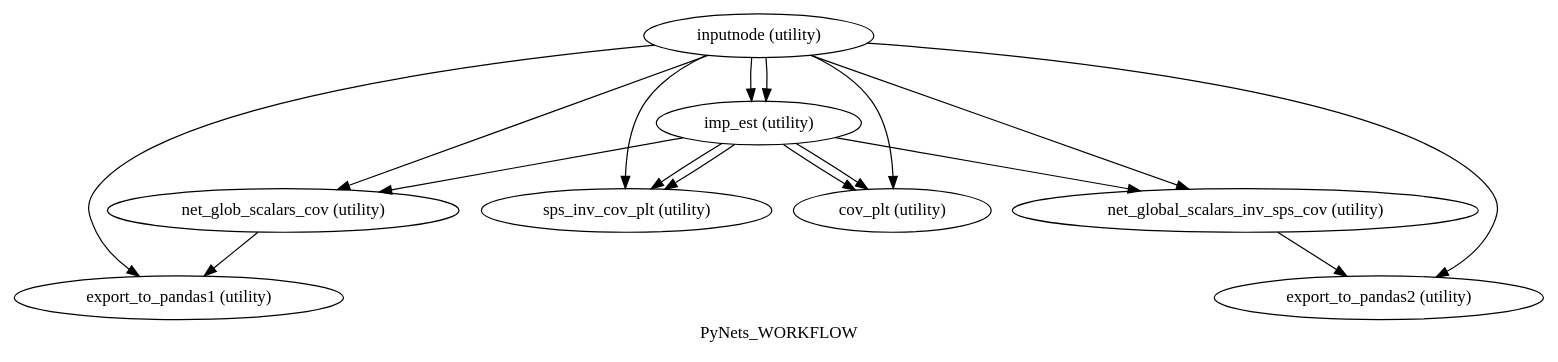
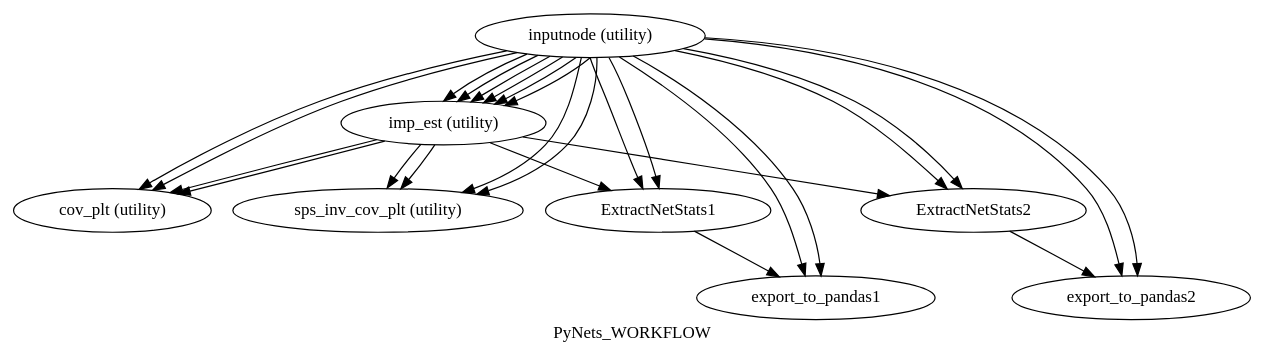
One commit to dPys/PyNets changed the diagram in graph.dot. Above: the diagram before and after it, drawn with Graphviz. The commit also changed 6 other files, not shown here.

```diff
--- a/graph.dot
+++ b/graph.dot
@@ -1,27 +1,37 @@
 digraph PyNets_WORKFLOW{
   label="PyNets_WORKFLOW";
   PyNets_WORKFLOW_inputnode[label="inputnode (utility)"];
   PyNets_WORKFLOW_imp_est[label="imp_est (utility)"];
+  PyNets_WORKFLOW_cov_plt[label="cov_plt (utility)"];
   PyNets_WORKFLOW_sps_inv_cov_plt[label="sps_inv_cov_plt (utility)"];
-  PyNets_WORKFLOW_net_glob_scalars_cov[label="net_glob_scalars_cov (utility)"];
-  PyNets_WORKFLOW_export_to_pandas1[label="export_to_pandas1 (utility)"];
-  PyNets_WORKFLOW_net_global_scalars_inv_sps_cov[label="net_global_scalars_inv_sps_cov (utility)"];
-  PyNets_WORKFLOW_export_to_pandas2[label="export_to_pandas2 (utility)"];
-  PyNets_WORKFLOW_cov_plt[label="cov_plt (utility)"];
+  PyNets_WORKFLOW_ExtractNetStats1[label="ExtractNetStats1"];
+  PyNets_WORKFLOW_export_to_pandas1[label="export_to_pandas1"];
+  PyNets_WORKFLOW_ExtractNetStats2[label="ExtractNetStats2"];
+  PyNets_WORKFLOW_export_to_pandas2[label="export_to_pandas2"];
+  PyNets_WORKFLOW_inputnode -> PyNets_WORKFLOW_ExtractNetStats2;
+  PyNets_WORKFLOW_inputnode -> PyNets_WORKFLOW_ExtractNetStats2;
+  PyNets_WORKFLOW_inputnode -> PyNets_WORKFLOW_export_to_pandas1;
+  PyNets_WORKFLOW_inputnode -> PyNets_WORKFLOW_export_to_pandas1;
+  PyNets_WORKFLOW_inputnode -> PyNets_WORKFLOW_imp_est;
+  PyNets_WORKFLOW_inputnode -> PyNets_WORKFLOW_imp_est;
+  PyNets_WORKFLOW_inputnode -> PyNets_WORKFLOW_imp_est;
+  PyNets_WORKFLOW_inputnode -> PyNets_WORKFLOW_imp_est;
+  PyNets_WORKFLOW_inputnode -> PyNets_WORKFLOW_imp_est;
+  PyNets_WORKFLOW_inputnode -> PyNets_WORKFLOW_imp_est;
+  PyNets_WORKFLOW_inputnode -> PyNets_WORKFLOW_ExtractNetStats1;
+  PyNets_WORKFLOW_inputnode -> PyNets_WORKFLOW_ExtractNetStats1;
+  PyNets_WORKFLOW_inputnode -> PyNets_WORKFLOW_cov_plt;
   PyNets_WORKFLOW_inputnode -> PyNets_WORKFLOW_cov_plt;
   PyNets_WORKFLOW_inputnode -> PyNets_WORKFLOW_export_to_pandas2;
-  PyNets_WORKFLOW_inputnode -> PyNets_WORKFLOW_net_global_scalars_inv_sps_cov;
+  PyNets_WORKFLOW_inputnode -> PyNets_WORKFLOW_export_to_pandas2;
   PyNets_WORKFLOW_inputnode -> PyNets_WORKFLOW_sps_inv_cov_plt;
-  PyNets_WORKFLOW_inputnode -> PyNets_WORKFLOW_imp_est;
-  PyNets_WORKFLOW_inputnode -> PyNets_WORKFLOW_imp_est;
-  PyNets_WORKFLOW_inputnode -> PyNets_WORKFLOW_export_to_pandas1;
-  PyNets_WORKFLOW_inputnode -> PyNets_WORKFLOW_net_glob_scalars_cov;
+  PyNets_WORKFLOW_inputnode -> PyNets_WORKFLOW_sps_inv_cov_plt;
   PyNets_WORKFLOW_imp_est -> PyNets_WORKFLOW_cov_plt;
   PyNets_WORKFLOW_imp_est -> PyNets_WORKFLOW_cov_plt;
-  PyNets_WORKFLOW_imp_est -> PyNets_WORKFLOW_net_global_scalars_inv_sps_cov;
+  PyNets_WORKFLOW_imp_est -> PyNets_WORKFLOW_ExtractNetStats2;
   PyNets_WORKFLOW_imp_est -> PyNets_WORKFLOW_sps_inv_cov_plt;
   PyNets_WORKFLOW_imp_est -> PyNets_WORKFLOW_sps_inv_cov_plt;
-  PyNets_WORKFLOW_imp_est -> PyNets_WORKFLOW_net_glob_scalars_cov;
-  PyNets_WORKFLOW_net_glob_scalars_cov -> PyNets_WORKFLOW_export_to_pandas1;
-  PyNets_WORKFLOW_net_global_scalars_inv_sps_cov -> PyNets_WORKFLOW_export_to_pandas2;
+  PyNets_WORKFLOW_imp_est -> PyNets_WORKFLOW_ExtractNetStats1;
+  PyNets_WORKFLOW_ExtractNetStats1 -> PyNets_WORKFLOW_export_to_pandas1;
+  PyNets_WORKFLOW_ExtractNetStats2 -> PyNets_WORKFLOW_export_to_pandas2;
 }
```
